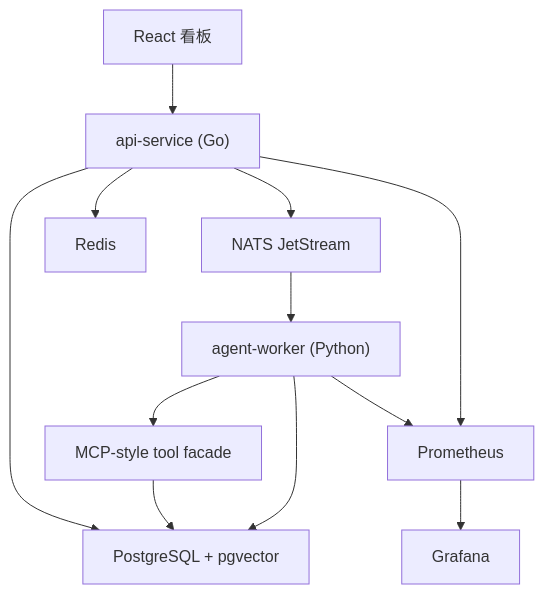
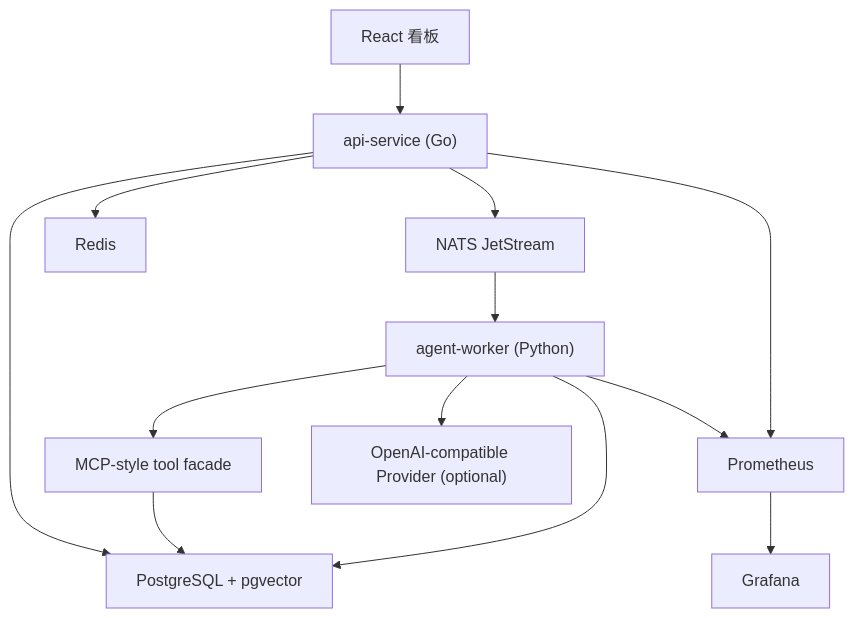
The first of 2 diagrams in docs/architecture.md (1747687484-collab/incidentpilot), drawn with Mermaid before and after one commit. The commit also changed other lines of this file and 13 other files, not shown here.

Commit message:
feat: add optional llm rca provider

````diff
--- a/docs/architecture.md
+++ b/docs/architecture.md
@@ -7,14 +7,15 @@
 ```mermaid
 flowchart TD
   Browser["React 看板"] --> API["api-service (Go)"]
   API --> Postgres["PostgreSQL + pgvector"]
   API --> Redis["Redis"]
   API --> NATS["NATS JetStream"]
   NATS --> Worker["agent-worker (Python)"]
   Worker --> ToolFacade["MCP-style tool facade"]
+  Worker --> Model["OpenAI-compatible Provider (optional)"]
   ToolFacade --> Postgres
   Worker --> Postgres
   API --> Prometheus
   Worker --> Prometheus
   Prometheus --> Grafana
 ```
````
